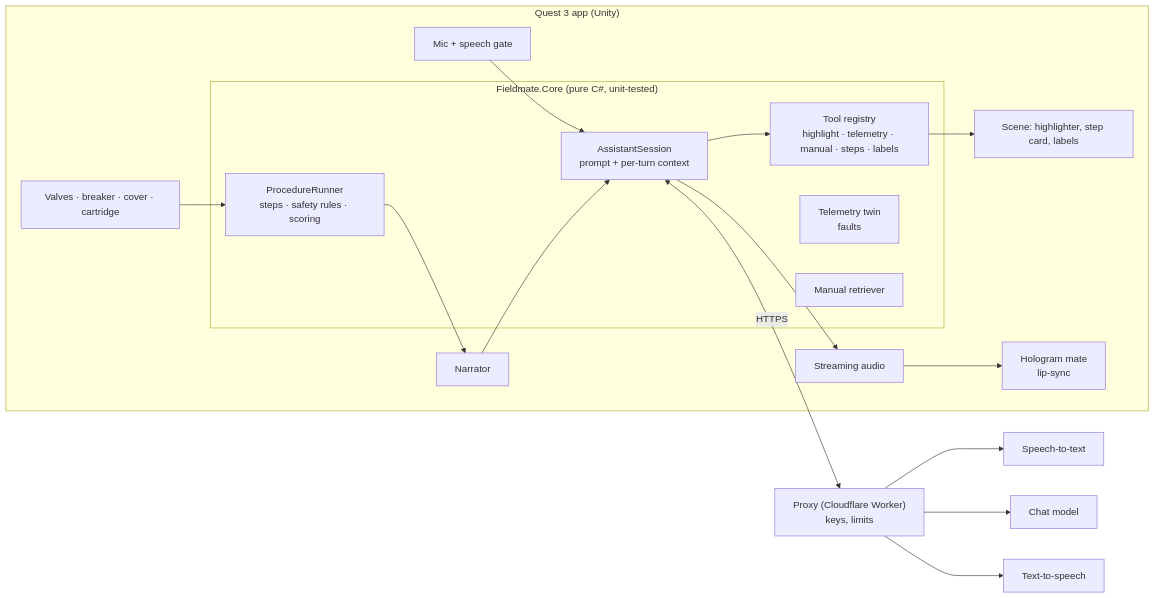
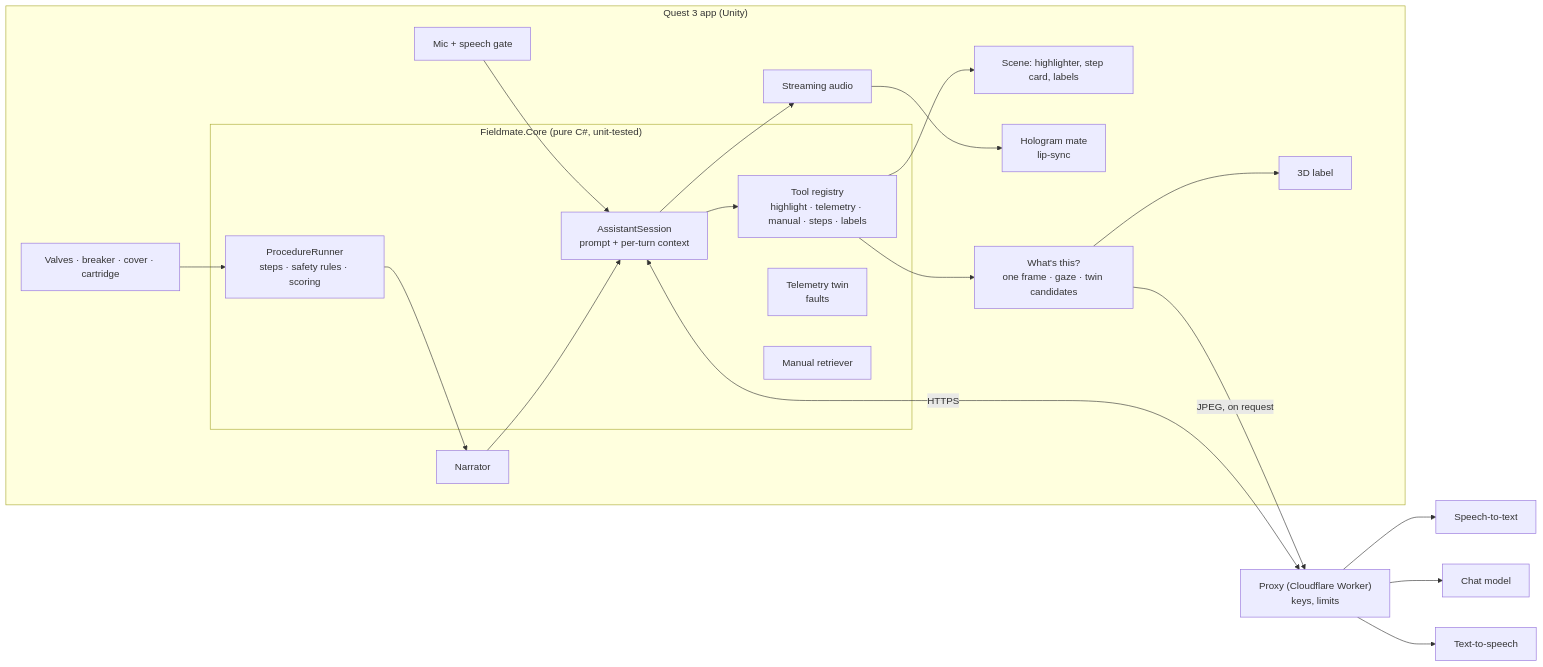
The diagram in README.md (mkhizer77/fieldmate), drawn with Mermaid before and after one commit. The commit also changed other lines of this file and 14 other files, not shown here.

First line of the commit message:
feat(vision): privacy: capture indicator, local-only mode, README data flows (#96)

````diff
--- a/README.md
+++ b/README.md
@@ -30,20 +33,22 @@
 ```mermaid
 flowchart LR
   subgraph Headset["Quest 3 app (Unity)"]
     Mic[Mic + speech gate] --> Session
     subgraph Core["Fieldmate.Core (pure C#, unit-tested)"]
       Session[AssistantSession<br/>prompt + per-turn context] --> Tools[Tool registry<br/>highlight · telemetry · manual · steps · labels]
       Runner[ProcedureRunner<br/>steps · safety rules · scoring]
       Twin[Telemetry twin<br/>faults]
       Manual[Manual retriever]
     end
     Tools --> Scene[Scene: highlighter, step card, labels]
     Interactables[Valves · breaker · cover · cartridge] --> Runner
     Runner --> Narrator[Narrator] --> Session
     Session --> Speaker[Streaming audio] --> Mate[Hologram mate<br/>lip-sync]
+    Tools --> Vision[What's this?<br/>one frame · gaze · twin candidates] --> Labels[3D label]
   end
+  Vision -->|"JPEG, on request"| Proxy
   Session <-->|HTTPS| Proxy["Proxy (Cloudflare Worker)<br/>keys, limits"]
   Proxy --> STT[Speech-to-text]
   Proxy --> LLM[Chat model]
   Proxy --> TTS[Text-to-speech]
 ```
````
